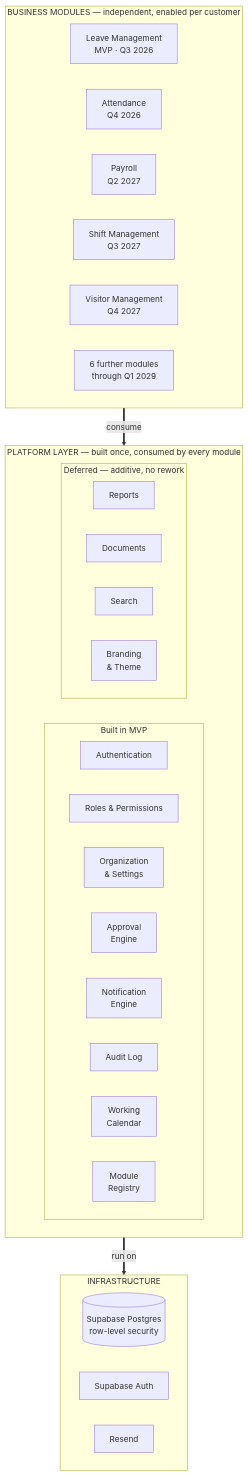
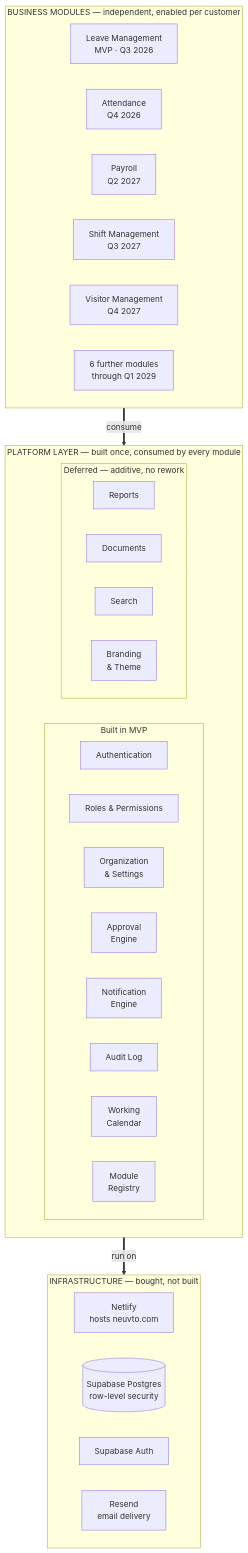
The diagram in docs/architecture/diagrams/01-platform-stack.mmd (sadakc/neuvto-wos), drawn with Mermaid before and after one commit. The commit also changed 7 other files, not shown here.

```diff
--- a/docs/architecture/diagrams/01-platform-stack.mmd
+++ b/docs/architecture/diagrams/01-platform-stack.mmd
@@ -1,42 +1,43 @@
 flowchart TB
     subgraph MOD["BUSINESS MODULES — independent, enabled per customer"]
         direction LR
         L["Leave Management<br/>MVP · Q3 2026"]
         A["Attendance<br/>Q4 2026"]
         P["Payroll<br/>Q2 2027"]
         S["Shift Management<br/>Q3 2027"]
         V["Visitor Management<br/>Q4 2027"]
         R["6 further modules<br/>through Q1 2029"]
     end
 
     subgraph PLAT["PLATFORM LAYER — built once, consumed by every module"]
         direction LR
         subgraph BUILT["Built in MVP"]
             direction LR
             AU["Authentication"]
             RB["Roles &amp; Permissions"]
             OG["Organization<br/>&amp; Settings"]
             AE["Approval<br/>Engine"]
             NE["Notification<br/>Engine"]
             AL["Audit Log"]
             WC["Working<br/>Calendar"]
             MR["Module<br/>Registry"]
         end
         subgraph LATER["Deferred — additive, no rework"]
             direction LR
             RS["Reports"]
             DS["Documents"]
             SE["Search"]
             BT["Branding<br/>&amp; Theme"]
         end
     end
 
-    subgraph INF["INFRASTRUCTURE"]
+    subgraph INF["INFRASTRUCTURE — bought, not built"]
         direction LR
+        NT["Netlify<br/>hosts neuvto.com"]
         PG[("Supabase Postgres<br/>row-level security")]
         SA["Supabase Auth"]
-        RE["Resend"]
+        RE["Resend<br/>email delivery"]
     end
 
     MOD ==>|"consume"| PLAT
     PLAT ==>|"run on"| INF
```
